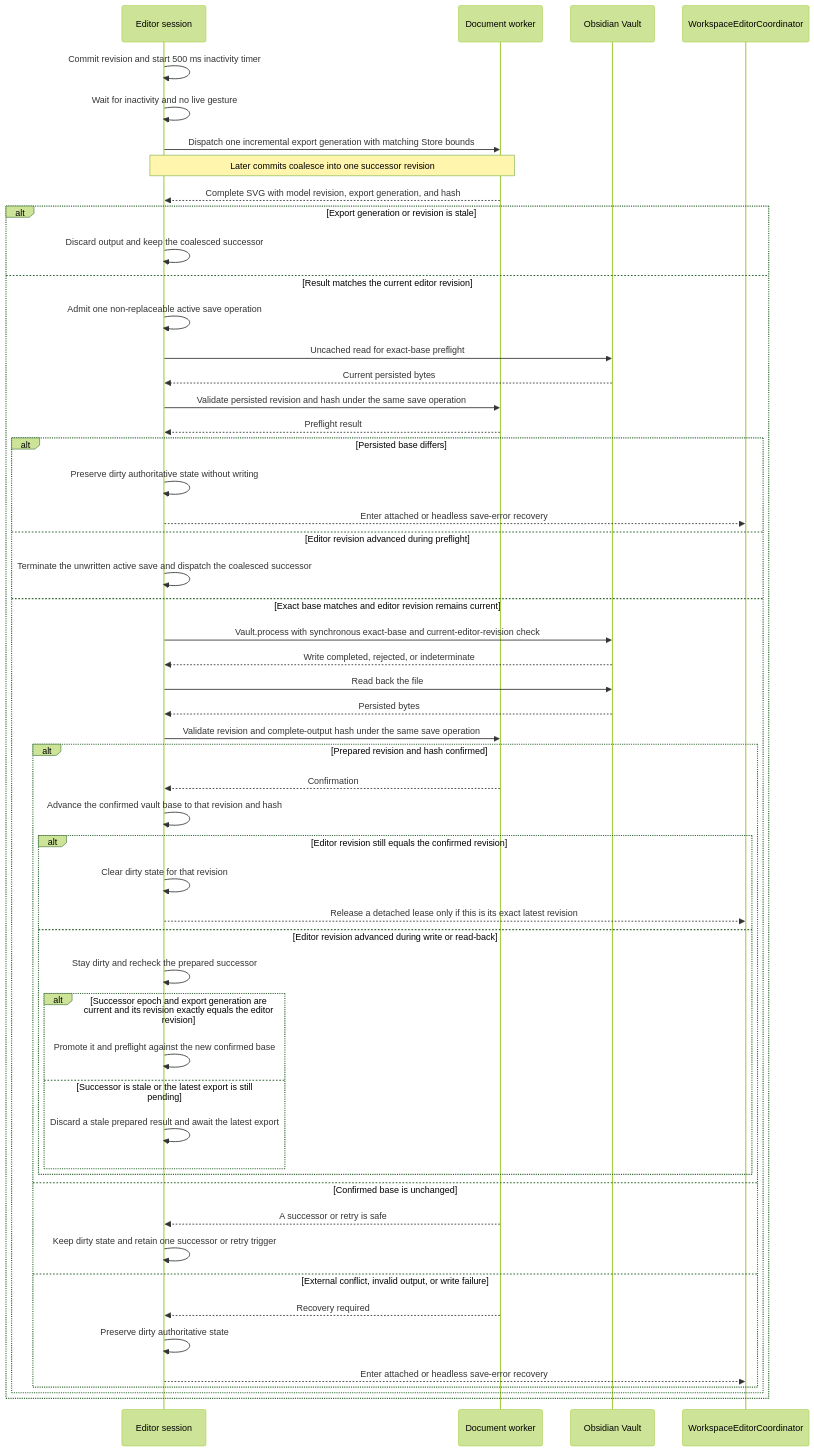
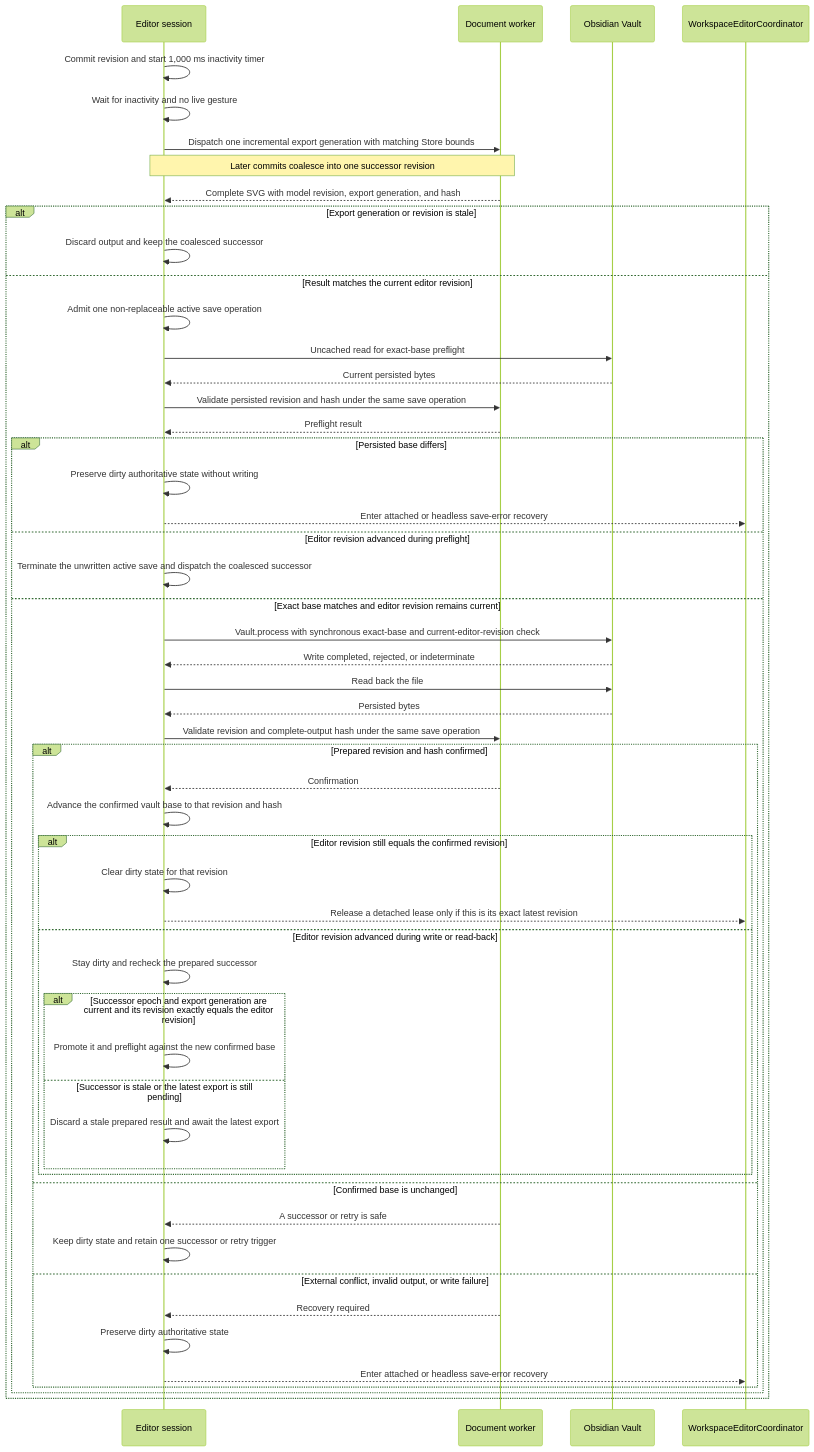
One commit to boommasterxd/inkbook changed the eighth of 8 diagrams in docs/architecture-flows.md. Above: the diagram before and after it, drawn with Mermaid (forest theme). The commit also changed other lines of this file and 8 other files, not shown here.

````diff
--- a/docs/architecture-flows.md
+++ b/docs/architecture-flows.md
@@ -330,58 +332,58 @@
 ```mermaid
 sequenceDiagram
   participant Editor as Editor session
   participant Worker as Document worker
   participant Vault as Obsidian Vault
   participant Coordinator as WorkspaceEditorCoordinator
 
-  Editor->>Editor: Commit revision and start 500 ms inactivity timer
+  Editor->>Editor: Commit revision and start 1,000 ms inactivity timer
   Editor->>Editor: Wait for inactivity and no live gesture
   Editor->>Worker: Dispatch one incremental export generation with matching Store bounds
   Note over Editor,Worker: Later commits coalesce into one successor revision
   Worker-->>Editor: Complete SVG with model revision, export generation, and hash
   alt Export generation or revision is stale
     Editor->>Editor: Discard output and keep the coalesced successor
   else Result matches the current editor revision
     Editor->>Editor: Admit one non-replaceable active save operation
     Editor->>Vault: Uncached read for exact-base preflight
     Vault-->>Editor: Current persisted bytes
     Editor->>Worker: Validate persisted revision and hash under the same save operation
     Worker-->>Editor: Preflight result
 
     alt Persisted base differs
       Editor->>Editor: Preserve dirty authoritative state without writing
       Editor-->>Coordinator: Enter attached or headless save-error recovery
     else Editor revision advanced during preflight
       Editor->>Editor: Terminate the unwritten active save and dispatch the coalesced successor
     else Exact base matches and editor revision remains current
       Editor->>Vault: Vault.process with synchronous exact-base and current-editor-revision check
       Vault-->>Editor: Write completed, rejected, or indeterminate
       Editor->>Vault: Read back the file
       Vault-->>Editor: Persisted bytes
       Editor->>Worker: Validate revision and complete-output hash under the same save operation
 
       alt Prepared revision and hash confirmed
         Worker-->>Editor: Confirmation
         Editor->>Editor: Advance the confirmed vault base to that revision and hash
         alt Editor revision still equals the confirmed revision
           Editor->>Editor: Clear dirty state for that revision
           Editor-->>Coordinator: Release a detached lease only if this is its exact latest revision
         else Editor revision advanced during write or read-back
           Editor->>Editor: Stay dirty and recheck the prepared successor
           alt Successor epoch and export generation are current and its revision exactly equals the editor revision
             Editor->>Editor: Promote it and preflight against the new confirmed base
           else Successor is stale or the latest export is still pending
             Editor->>Editor: Discard a stale prepared result and await the latest export
           end
         end
       else Confirmed base is unchanged
         Worker-->>Editor: A successor or retry is safe
         Editor->>Editor: Keep dirty state and retain one successor or retry trigger
       else External conflict, invalid output, or write failure
         Worker-->>Editor: Recovery required
         Editor->>Editor: Preserve dirty authoritative state
         Editor-->>Coordinator: Enter attached or headless save-error recovery
       end
     end
   end
 ```
````
